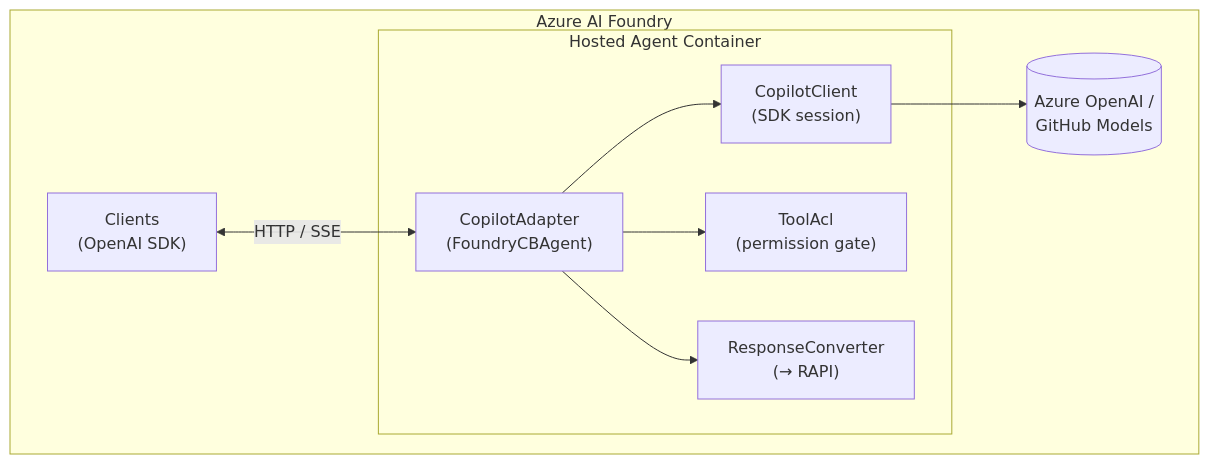
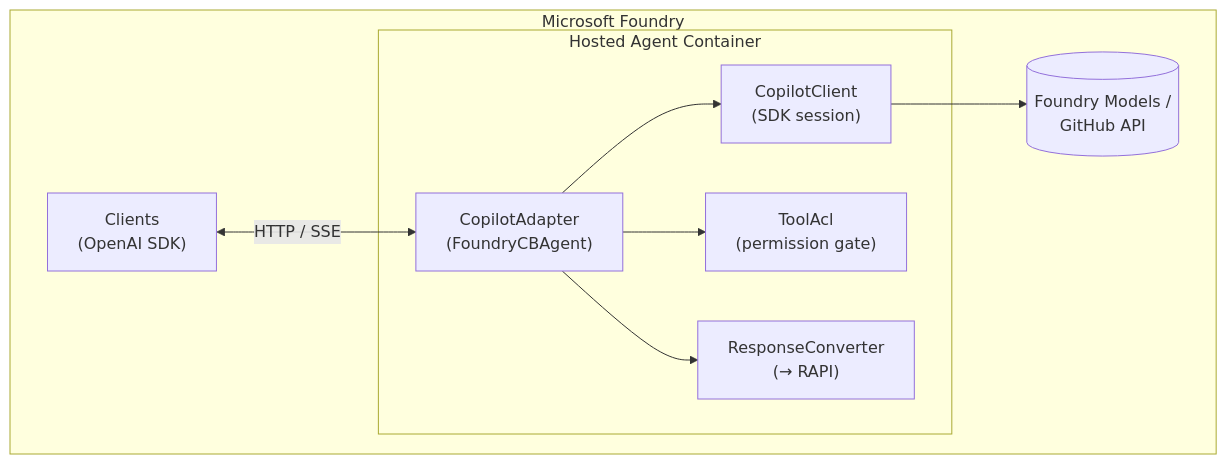
One commit to tonybaloney/azure-sdk-for-python changed the first of 3 diagrams in sdk/agentserver/azure-ai-agentserver-copilot/ARCHITECTURE.md. Above: the diagram before and after it, drawn with Mermaid. The commit also changed other lines of this file, not shown here.

````diff
--- a/sdk/agentserver/azure-ai-agentserver-copilot/ARCHITECTURE.md
+++ b/sdk/agentserver/azure-ai-agentserver-copilot/ARCHITECTURE.md
@@ -15,17 +15,17 @@
 ```mermaid
 flowchart TB
-    subgraph foundry["Azure AI Foundry"]
+    subgraph foundry["Microsoft Foundry"]
         subgraph container["Hosted Agent Container"]
             adapter["CopilotAdapter<br/>(FoundryCBAgent)"]
             copilot["CopilotClient<br/>(SDK session)"]
             acl["ToolAcl<br/>(permission gate)"]
             converter["ResponseConverter<br/>(→ RAPI)"]
             adapter --> copilot
             adapter --> acl
             adapter --> converter
         end
         clients["Clients<br/>(OpenAI SDK)"] <-->|"HTTP / SSE"| adapter
-        models[("Azure OpenAI /<br/>GitHub Models")]
+        models[("Foundry Models /<br/>GitHub API")]
         copilot --> models
     end
 ```
````
